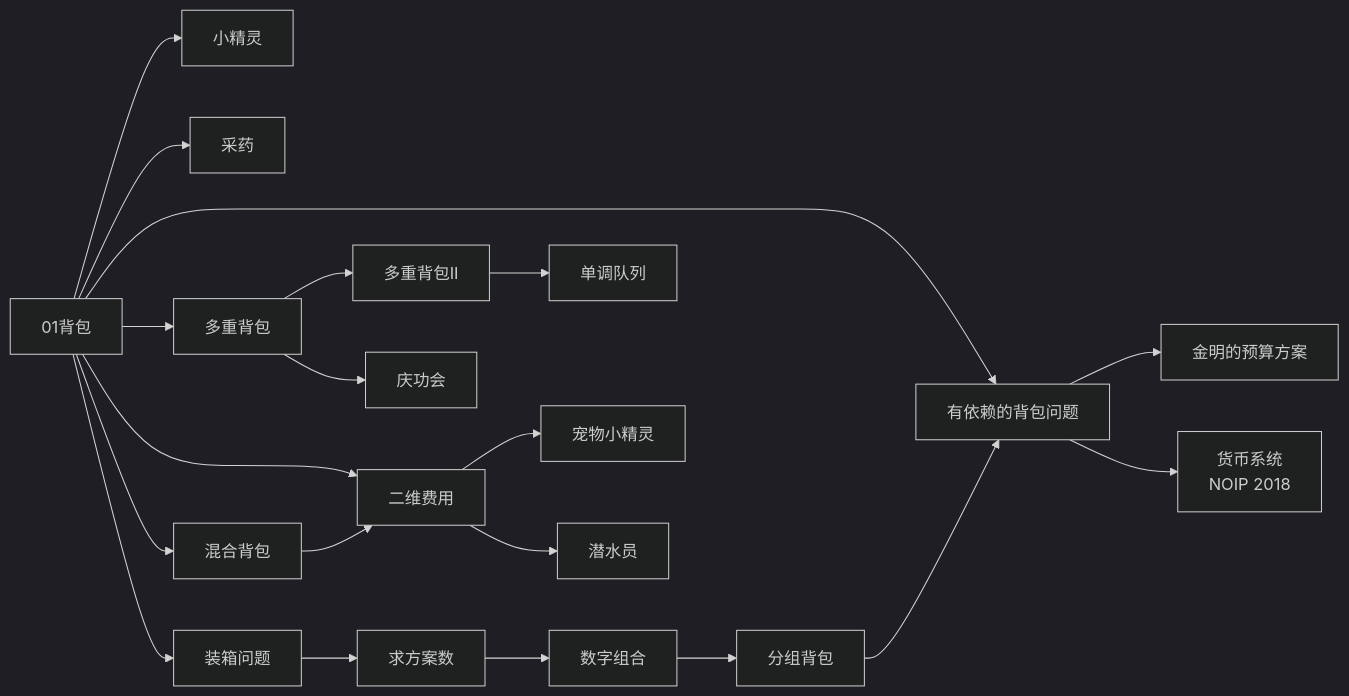
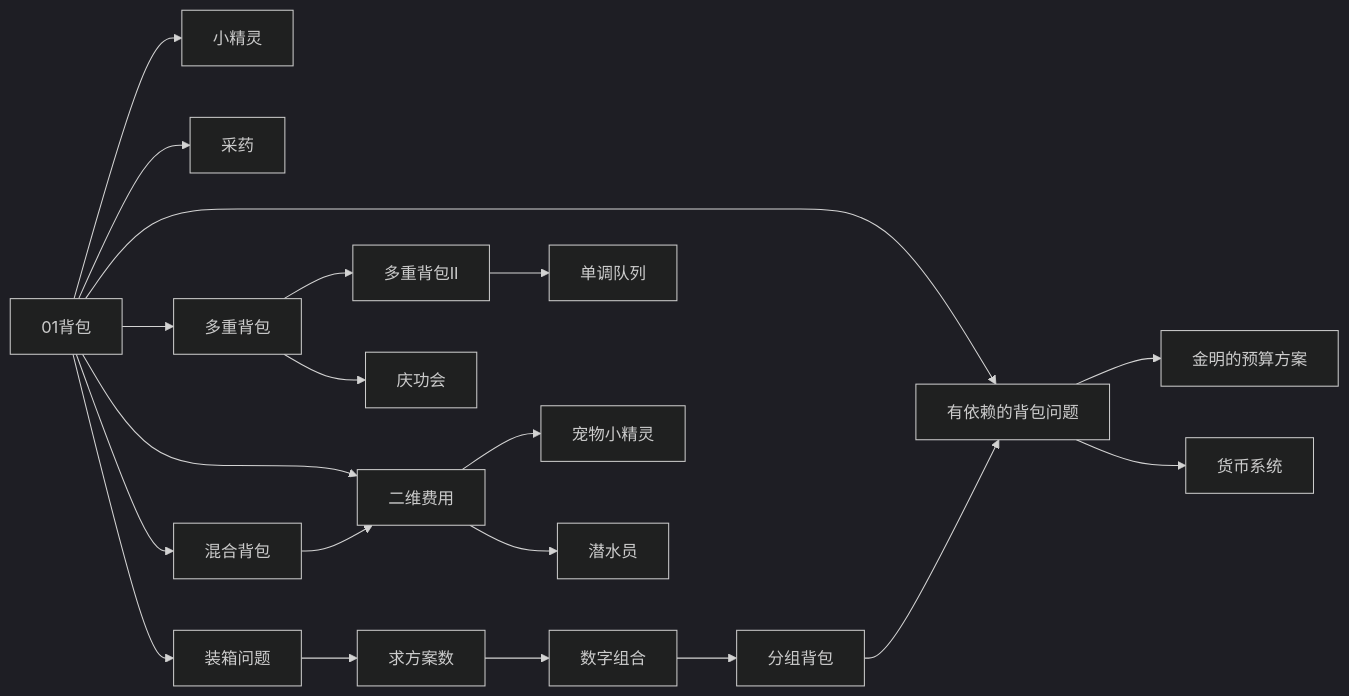
Before and after one commit to cuberxl/Coders-Note: the diagram in 6*-动态规划进阶/6*.3-背包模型.md, drawn with Mermaid (dark theme). The commit also changed other lines of this file, not shown here.

````diff
--- a/6*-动态规划进阶/6*.3-背包模型.md
+++ b/6*-动态规划进阶/6*.3-背包模型.md
@@ -5,45 +5,45 @@
 ```mermaid
 graph LR
     A[01背包]
     B[小精灵]
     C[采药]
     D[装箱问题]
     E[求方案数]
     F[数字组合]
     G[分组背包]
     H[多重背包]
     I[多重背包II]
     J[单调队列]
     K[庆功会]
     L[混合背包]
     M[二维费用]
     N[宠物小精灵]
     O[潜水员]
     P[有依赖的背包问题]
     Q[金明的预算方案]
-    R[货币系统<br/>NOIP 2018]
+    R[货币系统]
 
     A --> B
     A --> C
     A --> D
     A --> H
     A --> L
     A --> M
     A --> P
 
     D --> E
     E --> F
     F --> G
     G --> P
 
     H --> I
     H --> K
     I --> J
 
     L --> M
     M --> N
     M --> O
 
     P --> Q
     P --> R
 ```
````
